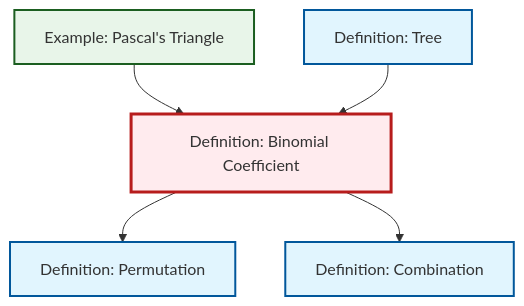
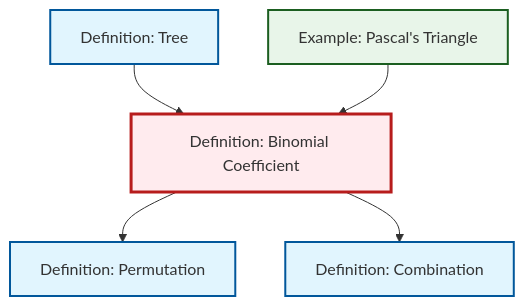
Before and after one commit to RK0429/ModernMath: the diagram in content/ja/combinatorics/def-binomial-coefficient.qmd, drawn with Mermaid. The commit also changed other lines of this file and 615 other files, not shown here.

````diff
--- a/content/ja/combinatorics/def-binomial-coefficient.qmd
+++ b/content/ja/combinatorics/def-binomial-coefficient.qmd
@@ -64,23 +64,23 @@
 ```{mermaid}
 %%| fig-cap: "Local dependency graph"
 graph TD
     classDef definition fill:#e1f5fe,stroke:#01579b,stroke-width:2px
     classDef theorem fill:#f3e5f5,stroke:#4a148c,stroke-width:2px
     classDef axiom fill:#fff3e0,stroke:#e65100,stroke-width:2px
     classDef example fill:#e8f5e9,stroke:#1b5e20,stroke-width:2px
     classDef current fill:#ffebee,stroke:#b71c1c,stroke-width:3px
-    ex-pascals-triangle["Example: Pascal's Triangle"]:::example
+    def-combination["Definition: Combination"]:::definition
     def-permutation["Definition: Permutation"]:::definition
     def-binomial-coefficient["Definition: Binomial Coefficient"]:::definition
-    def-combination["Definition: Combination"]:::definition
     def-tree["Definition: Tree"]:::definition
+    ex-pascals-triangle["Example: Pascal's Triangle"]:::example
+    def-binomial-coefficient --> def-permutation
+    def-tree --> def-binomial-coefficient
     ex-pascals-triangle --> def-binomial-coefficient
-    def-tree --> def-binomial-coefficient
-    def-binomial-coefficient --> def-permutation
     def-binomial-coefficient --> def-combination
     class def-binomial-coefficient current
+    click def-combination "def-combination.html" "Definition: Combinationへ"
+    click def-permutation "def-permutation.html" "Definition: Permutationへ"
+    click def-tree "def-tree.html" "Definition: Treeへ"
     click ex-pascals-triangle "ex-pascals-triangle.html" "Example: Pascal's Triangleへ"
-    click def-permutation "def-permutation.html" "Definition: Permutationへ"
-    click def-combination "def-combination.html" "Definition: Combinationへ"
-    click def-tree "def-tree.html" "Definition: Treeへ"
 ```
````
